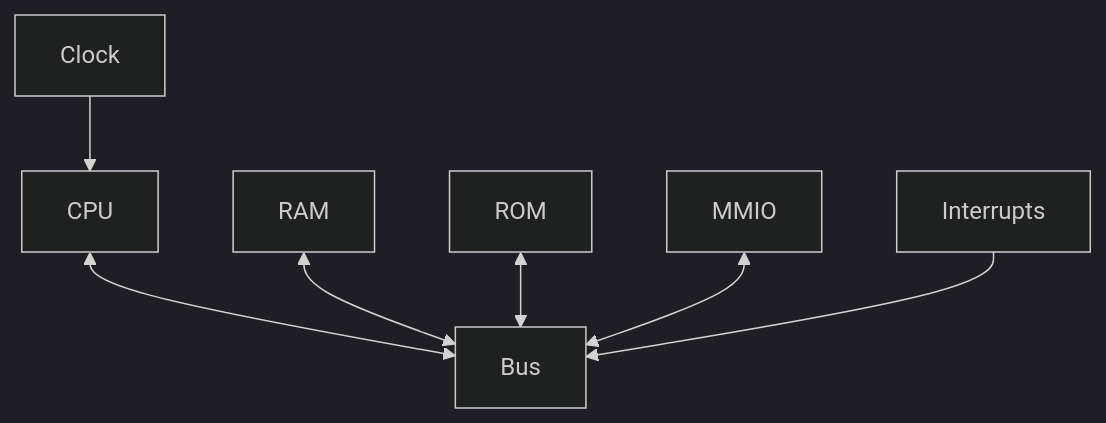
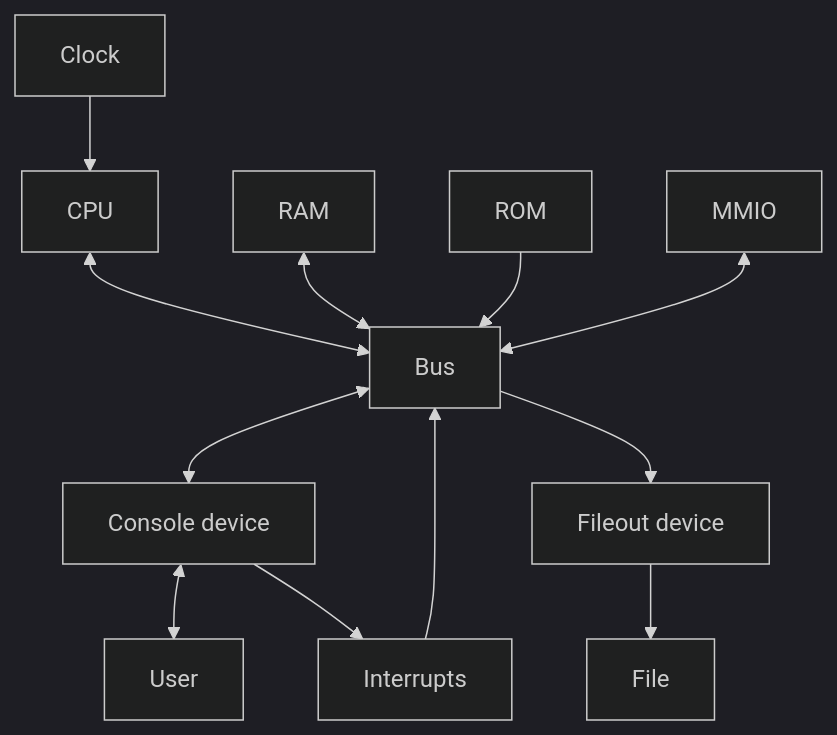
The diagram in emulator/README.md (maci0/uhc), drawn with Mermaid (dark theme) before and after one commit. The commit also changed 10 other files, not shown here.

````diff
--- a/emulator/README.md
+++ b/emulator/README.md
@@ -7,19 +7,29 @@
 ```mermaid
 graph TD
 
 A[Bus]
 B[CPU]
 D[RAM]
 E[ROM]
 F[MMIO]
 G[Interrupts]
 H[Clock]
+I[Console device]
+J[Fileout device]
+K[File]
+L[User]
 
 B <--> A
 D <--> A
-E <--> A
+E --> A
 F <--> A
 G -->  A
 H --> B
+A <--> I <--> L
+A --> J --> K
+I --> G
+
+
+
 
 ```
````
